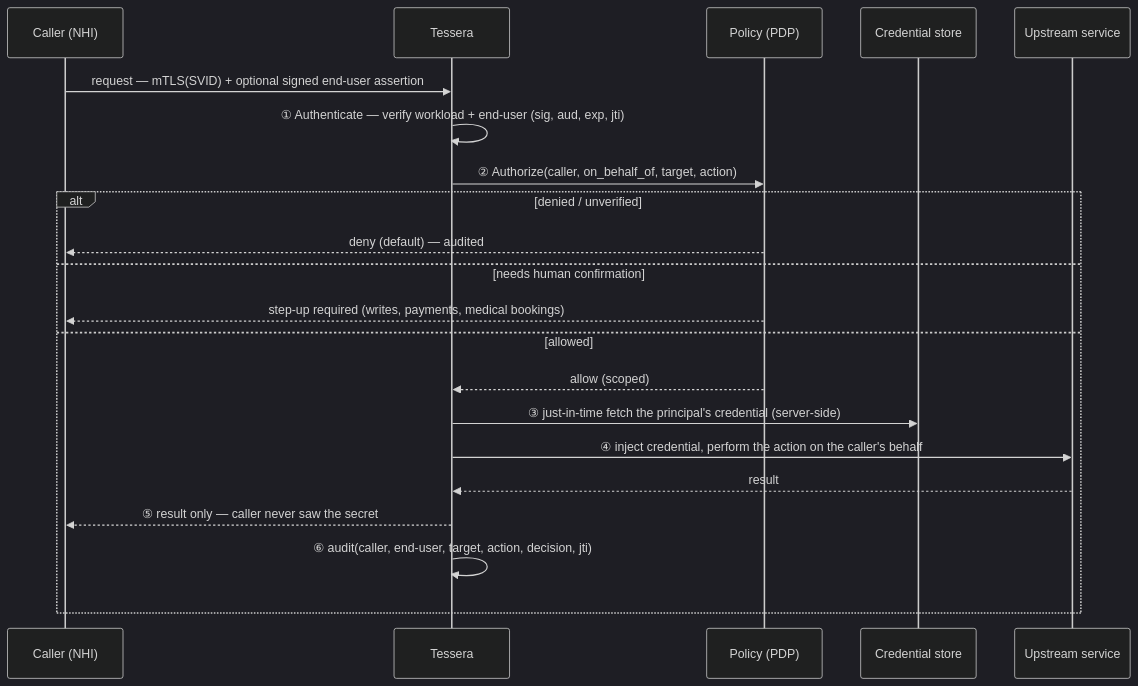
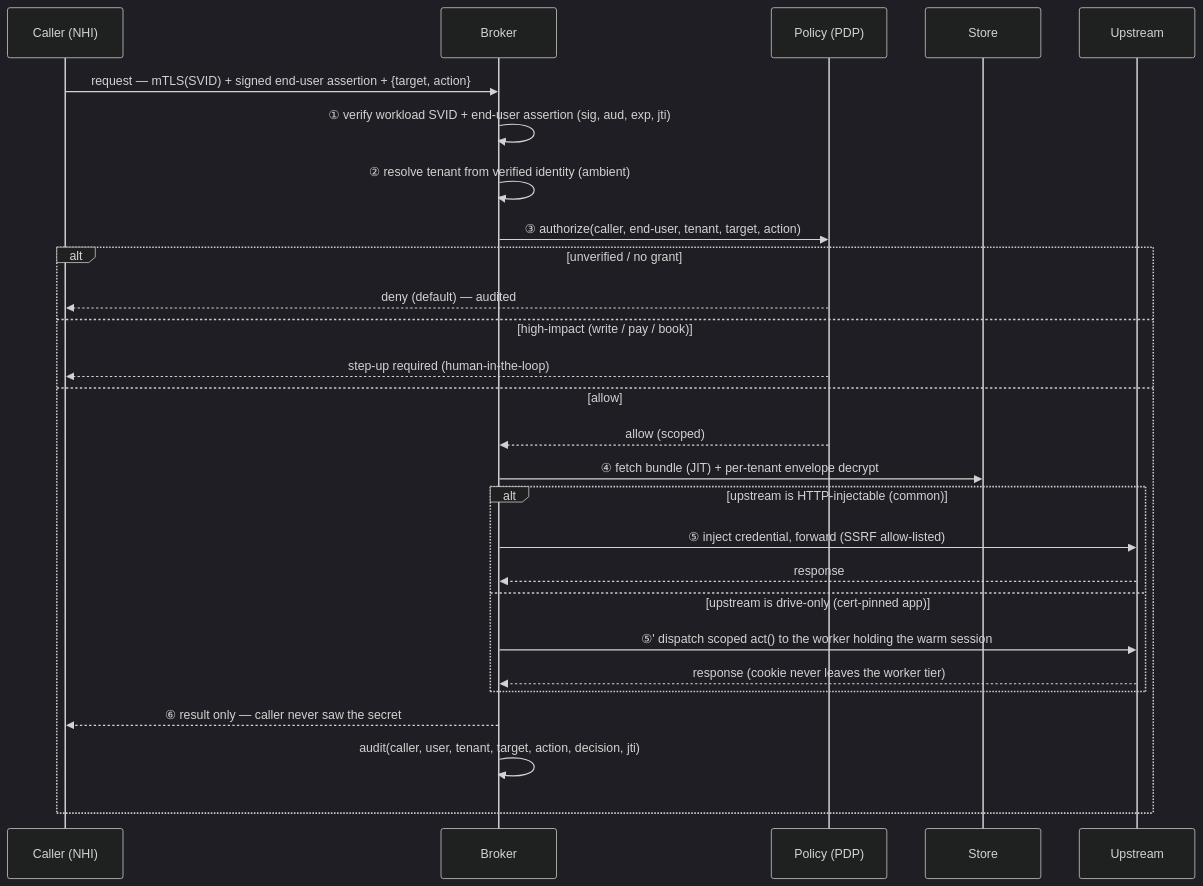
The second of 5 diagrams in docs/architecture.md (dragoshont/tessera), drawn with Mermaid (dark theme) before and after one commit. The commit also changed other lines of this file and 16 other files, not shown here.

First line of the commit message:
docs: complete .NET architecture, ADRs, and specs (design phase)

````diff
--- a/docs/architecture.md
+++ b/docs/architecture.md
@@ -62,24 +88,30 @@
 ```mermaid
 sequenceDiagram
     participant A as Caller (NHI)
-    participant B as Tessera
+    participant B as Broker
     participant P as Policy (PDP)
-    participant V as Credential store
-    participant U as Upstream service
+    participant S as Store
+    participant U as Upstream
 
-    A->>B: request — mTLS(SVID) + optional signed end-user assertion
-    B->>B: ① Authenticate — verify workload + end-user (sig, aud, exp, jti)
-    B->>P: ② Authorize(caller, on_behalf_of, target, action)
-    alt denied / unverified
+    A->>B: request — mTLS(SVID) + signed end-user assertion + {target, action}
+    B->>B: ① verify workload SVID + end-user assertion (sig, aud, exp, jti)
+    B->>B: ② resolve tenant from verified identity (ambient)
+    B->>P: ③ authorize(caller, end-user, tenant, target, action)
+    alt unverified / no grant
         P-->>A: deny (default) — audited
-    else needs human confirmation
-        P-->>A: step-up required (writes, payments, medical bookings)
-    else allowed
+    else high-impact (write / pay / book)
+        P-->>A: step-up required (human-in-the-loop)
+    else allow
         P-->>B: allow (scoped)
-        B->>V: ③ just-in-time fetch the principal's credential (server-side)
-        B->>U: ④ inject credential, perform the action on the caller's behalf
-        U-->>B: result
-        B-->>A: ⑤ result only — caller never saw the secret
-        B->>B: ⑥ audit(caller, end-user, target, action, decision, jti)
+        B->>S: ④ fetch bundle (JIT) + per-tenant envelope decrypt
+        alt upstream is HTTP-injectable (common)
+            B->>U: ⑤ inject credential, forward (SSRF allow-listed)
+            U-->>B: response
+        else upstream is drive-only (cert-pinned app)
+            B->>U: ⑤' dispatch scoped act() to the worker holding the warm session
+            U-->>B: response (cookie never leaves the worker tier)
+        end
+        B-->>A: ⑥ result only — caller never saw the secret
+        B->>B: audit(caller, user, tenant, target, action, decision, jti)
     end
 ```
````
